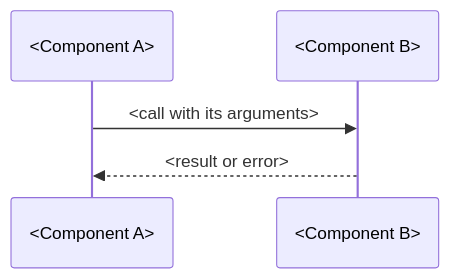
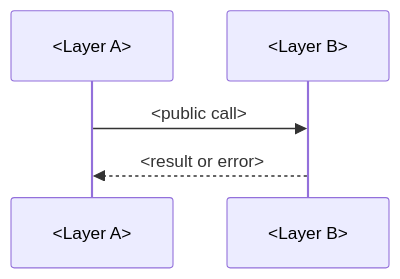
One commit to ankurjain-nitrr/skills changed the second of 2 diagrams in plugins/devloop/skills/project-docs/references/LLD.md. Above: the diagram before and after it, drawn with Mermaid. The commit also changed other lines of this file and 5 other files, not shown here.

````diff
--- a/plugins/devloop/skills/project-docs/references/LLD.md
+++ b/plugins/devloop/skills/project-docs/references/LLD.md
@@ -23,7 +27,7 @@
 ```mermaid
 sequenceDiagram
-  participant A as <Component A>
-  participant B as <Component B>
-  A->>B: <call with its arguments>
+  participant A as <Layer A>
+  participant B as <Layer B>
+  A->>B: <public call>
   B-->>A: <result or error>
 ```
````
